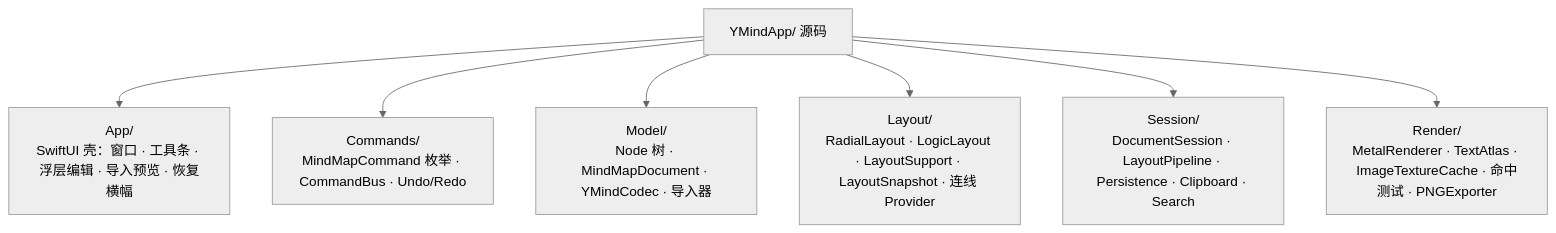
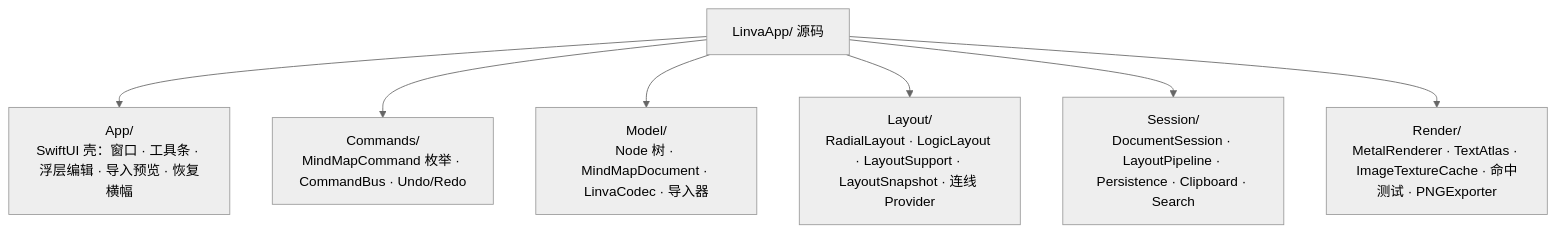
One commit to LieonShelly/Linva changed the second of 4 diagrams in README.md. Above: the diagram before and after it, drawn with Mermaid (neutral theme). The commit also changed other lines of this file and 327 other files, not shown here.

First line of the commit message:
chore: rebrand YMind → Linva throughout project

````diff
--- a/README.md
+++ b/README.md
@@ -117,9 +117,9 @@
 ```mermaid
 flowchart TD
-    ROOT["YMindApp/ 源码"] --> APP["App/<br/>SwiftUI 壳：窗口 · 工具条 · 浮层编辑 · 导入预览 · 恢复横幅"]
+    ROOT["LinvaApp/ 源码"] --> APP["App/<br/>SwiftUI 壳：窗口 · 工具条 · 浮层编辑 · 导入预览 · 恢复横幅"]
     ROOT --> CMD["Commands/<br/>MindMapCommand 枚举 · CommandBus · Undo/Redo"]
-    ROOT --> MODEL["Model/<br/>Node 树 · MindMapDocument · YMindCodec · 导入器"]
+    ROOT --> MODEL["Model/<br/>Node 树 · MindMapDocument · LinvaCodec · 导入器"]
     ROOT --> LAYOUT["Layout/<br/>RadialLayout · LogicLayout · LayoutSupport · LayoutSnapshot · 连线 Provider"]
     ROOT --> SESS["Session/<br/>DocumentSession · LayoutPipeline · Persistence · Clipboard · Search"]
     ROOT --> RENDER["Render/<br/>MetalRenderer · TextAtlas · ImageTextureCache · 命中测试 · PNGExporter"]
 ```
````
